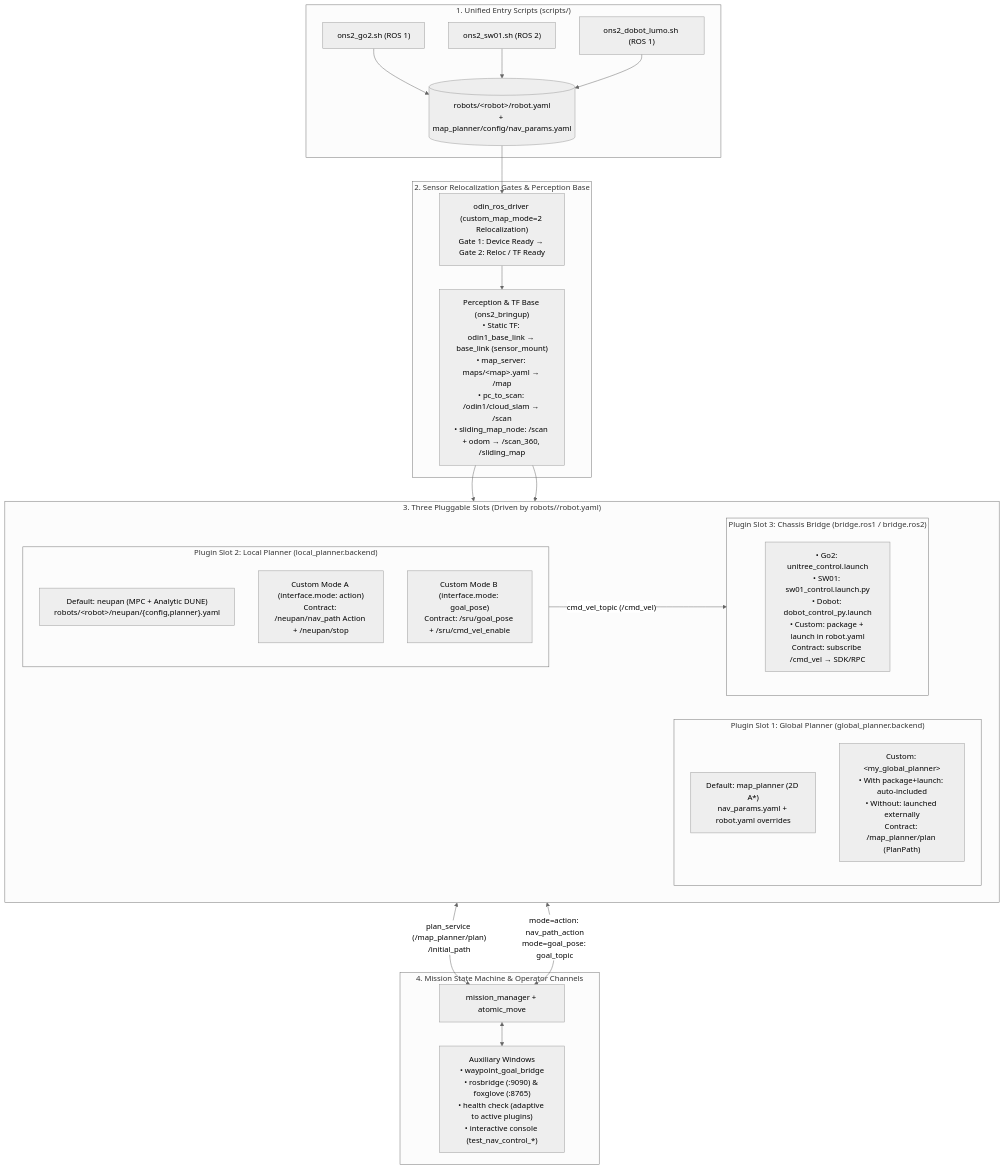
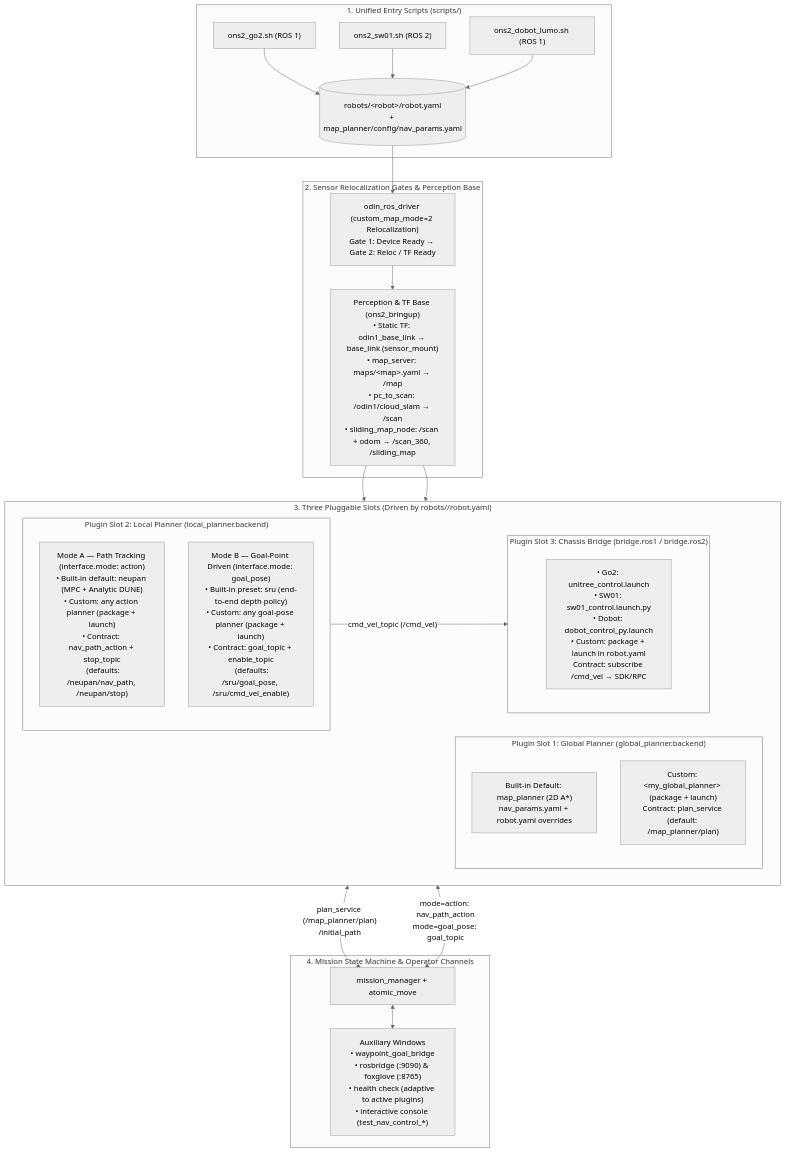
Before and after one commit to ManifoldTechLtd/Odin-Nav-Stack2: the first of 2 diagrams in docs/architecture/ONS2_ARCHITECTURE.md, drawn with Mermaid (neutral theme). The commit also changed other lines of this file, not shown here.

Commit message:
docs(architecture): clarify Mode A/B local planner defaults, custom plugins, and contracts

````diff
--- a/docs/architecture/ONS2_ARCHITECTURE.md
+++ b/docs/architecture/ONS2_ARCHITECTURE.md
@@ -19,46 +19,45 @@
 ```mermaid
 flowchart TB
     subgraph Entry["1. Unified Entry Scripts (scripts/)"]
         G_SH["ons2_go2.sh (ROS 1)"]
         S_SH["ons2_sw01.sh (ROS 2)"]
         D_SH["ons2_dobot_lumo.sh (ROS 1)"]
         PROFILE[("robots/&lt;robot&gt;/robot.yaml<br/>+ map_planner/config/nav_params.yaml")]
         G_SH & S_SH & D_SH --> PROFILE
     end
 
     subgraph Sensor["2. Sensor Relocalization Gates & Perception Base"]
         ODIN["odin_ros_driver (custom_map_mode=2 Relocalization)<br/>Gate 1: Device Ready → Gate 2: Reloc / TF Ready"]
         BASE_PERC["Perception & TF Base (ons2_bringup)<br/>• Static TF: odin1_base_link → base_link (sensor_mount)<br/>• map_server: maps/&lt;map&gt;.yaml → /map<br/>• pc_to_scan: /odin1/cloud_slam → /scan<br/>• sliding_map_node: /scan + odom → /scan_360, /sliding_map"]
         PROFILE --> ODIN --> BASE_PERC
     end
 
     subgraph Plugins["3. Three Pluggable Slots (Driven by robots/<robot>/robot.yaml)"]
         direction LR
 
         subgraph GP_Slot["Plugin Slot 1: Global Planner (global_planner.backend)"]
-            GP_DEF["Default: map_planner (2D A*)<br/>nav_params.yaml + robot.yaml overrides"]
-            GP_CUS["Custom: &lt;my_global_planner&gt;<br/>• With package+launch: auto-included<br/>• Without: launched externally<br/>Contract: /map_planner/plan (PlanPath)"]
+            GP_DEF["Built-in Default: map_planner (2D A*)<br/>nav_params.yaml + robot.yaml overrides"]
+            GP_CUS["Custom: &lt;my_global_planner&gt; (package + launch)<br/>Contract: plan_service (default: /map_planner/plan)"]
         end
 
         subgraph LP_Slot["Plugin Slot 2: Local Planner (local_planner.backend)"]
-            LP_DEF["Default: neupan (MPC + Analytic DUNE)<br/>robots/&lt;robot&gt;/neupan/{config,planner}.yaml"]
-            LP_ACT["Custom Mode A (interface.mode: action)<br/>Contract: /neupan/nav_path Action + /neupan/stop"]
-            LP_GOAL["Custom Mode B (interface.mode: goal_pose)<br/>Contract: /sru/goal_pose + /sru/cmd_vel_enable"]
+            LP_ACT["Mode A — Path Tracking (interface.mode: action)<br/>• Built-in default: neupan (MPC + Analytic DUNE)<br/>• Custom: any action planner (package + launch)<br/>• Contract: nav_path_action + stop_topic<br/>  (defaults: /neupan/nav_path, /neupan/stop)"]
+            LP_GOAL["Mode B — Goal-Point Driven (interface.mode: goal_pose)<br/>• Built-in preset: sru (end-to-end depth policy)<br/>• Custom: any goal-pose planner (package + launch)<br/>• Contract: goal_topic + enable_topic<br/>  (defaults: /sru/goal_pose, /sru/cmd_vel_enable)"]
         end
 
         subgraph BR_Slot["Plugin Slot 3: Chassis Bridge (bridge.ros1 / bridge.ros2)"]
             BR_IMPL["• Go2: unitree_control.launch<br/>• SW01: sw01_control.launch.py<br/>• Dobot: dobot_control_py.launch<br/>• Custom: package + launch in robot.yaml<br/>Contract: subscribe /cmd_vel → SDK/RPC"]
         end
     end
 
     subgraph Mission["4. Mission State Machine & Operator Channels"]
         MM["mission_manager + atomic_move"]
         AUX["Auxiliary Windows<br/>• waypoint_goal_bridge<br/>• rosbridge (:9090) & foxglove (:8765)<br/>• health check (adaptive to active plugins)<br/>• interactive console (test_nav_control_*)"]
     end
 
     BASE_PERC --> GP_Slot & LP_Slot
     GP_Slot <-- "plan_service (/map_planner/plan)<br/>/initial_path" --> MM
     MM <-- "mode=action: nav_path_action<br/>mode=goal_pose: goal_topic" --> LP_Slot
     LP_Slot -- "cmd_vel_topic (/cmd_vel)" --> BR_Slot
     MM <--> AUX
 ```
````
